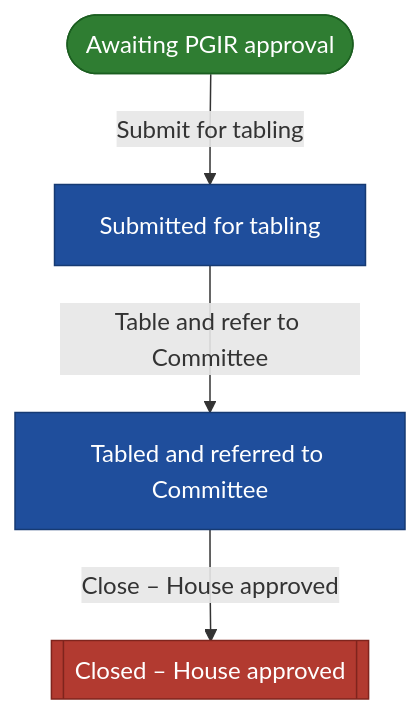
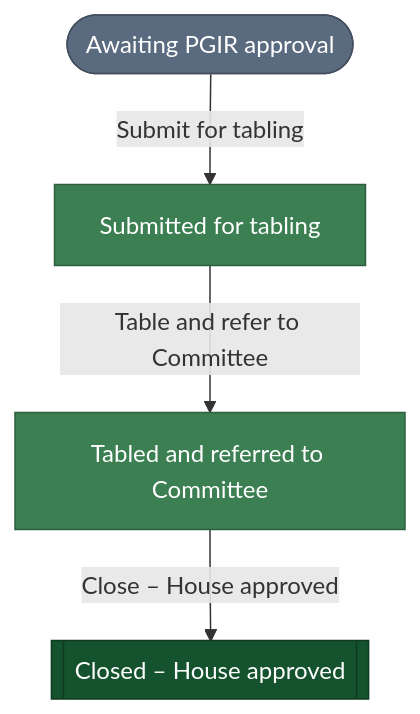
Before and after one commit to gelie/pwms_project: the diagram in src/pwms/docs/delegation_report_workflow.md, drawn with Mermaid. The commit also changed 33 other files, not shown here.

````diff
--- a/src/pwms/docs/delegation_report_workflow.md
+++ b/src/pwms/docs/delegation_report_workflow.md
@@ -5,15 +5,15 @@
 ```mermaid
 %% Generated by `manage.py generate_diagrams`; do not edit by hand.
 %% Workflow: Delegation Report
 flowchart TD
-    classDef initial fill:#2F7D32,stroke:#1B5E20,color:#FFFFFF,stroke-width:1px
-    classDef regular fill:#1F4E9C,stroke:#163A73,color:#FFFFFF,stroke-width:1px
-    classDef terminal fill:#B23A30,stroke:#7F241D,color:#FFFFFF,stroke-width:1px
+    classDef initial fill:#5b6b7f,stroke:#434f5f,color:#FFFFFF,stroke-width:1px
+    classDef regular fill:#3c7f52,stroke:#2d5f3e,color:#FFFFFF,stroke-width:1px
+    classDef terminal fill:#14532d,stroke:#0d3a20,color:#FFFFFF,stroke-width:1px
     s0(["Awaiting PGIR approval"]):::initial
     s1["Submitted for tabling"]:::regular
     s2["Tabled and referred to Committee"]:::regular
     s3[["Closed – House approved"]]:::terminal
     s0 -->|"Submit for tabling"| s1
     s1 -->|"Table and refer to Committee"| s2
     s2 -->|"Close – House approved"| s3
 ```
````
